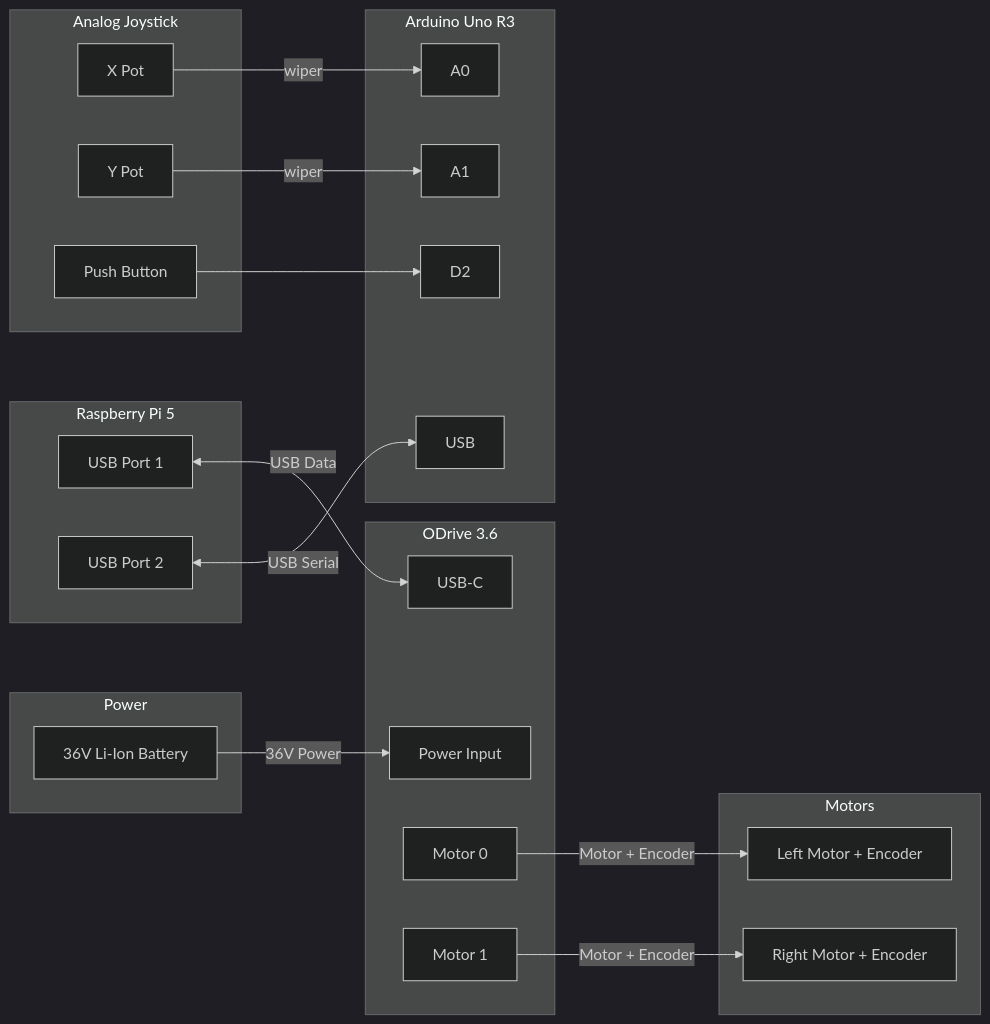
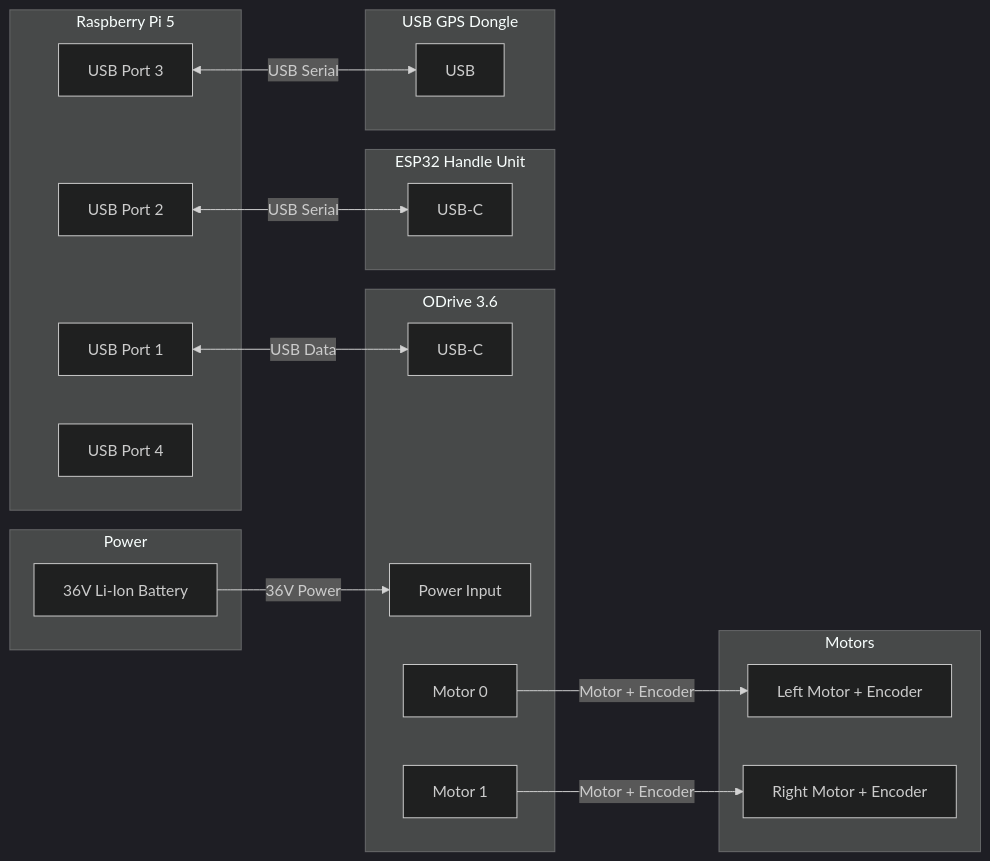
One commit to schmidt-daniel/golfcart-ai changed the first of 2 diagrams in docs/wiring.md. Above: the diagram before and after it, drawn with Mermaid (dark theme). The commit also changed other lines of this file and 1 other file, not shown here.

First line of the commit message:
docs: drop Arduino (ESP32 handle unit replaces it); use USB GPS dongle

````diff
--- a/docs/wiring.md
+++ b/docs/wiring.md
@@ -25,45 +24,40 @@
 ```mermaid
 graph LR
     subgraph Power
         BAT[36V Li-Ion Battery]
     end
 
     subgraph RPi[Raspberry Pi 5]
         RPI_USB1[USB Port 1]
         RPI_USB2[USB Port 2]
+        RPI_USB3[USB Port 3]
+        RPI_USB4[USB Port 4]
     end
 
     subgraph ODrive[ODrive 3.6]
         ODRIVE_USB[USB-C]
         ODRIVE_PWR[Power Input]
         ODRIVE_M0[Motor 0]
         ODRIVE_M1[Motor 1]
     end
 
     subgraph Motors
         M0[Left Motor + Encoder]
         M1[Right Motor + Encoder]
     end
 
-    subgraph Arduino[Arduino Uno R3]
-        ARD_USB[USB]
-        A0[A0]
-        A1[A1]
-        D2[D2]
+    subgraph Handle[ESP32 Handle Unit]
+        HANDLE_USB[USB-C]
     end
 
-    subgraph Joystick[Analog Joystick]
-        POT_X[X Pot]
-        POT_Y[Y Pot]
-        BTN[Push Button]
+    subgraph GPS[USB GPS Dongle]
+        GPS_USB[USB]
     end
 
     BAT -->|36V Power| ODRIVE_PWR
     RPI_USB1 <-->|USB Data| ODRIVE_USB
     ODRIVE_M0 -->|Motor + Encoder| M0
     ODRIVE_M1 -->|Motor + Encoder| M1
-    RPI_USB2 <-->|USB Serial| ARD_USB
-    POT_X -->|wiper| A0
-    POT_Y -->|wiper| A1
-    BTN --> D2
+    RPI_USB2 <-->|USB Serial| HANDLE_USB
+    RPI_USB3 <-->|USB Serial| GPS_USB
 ```
````
